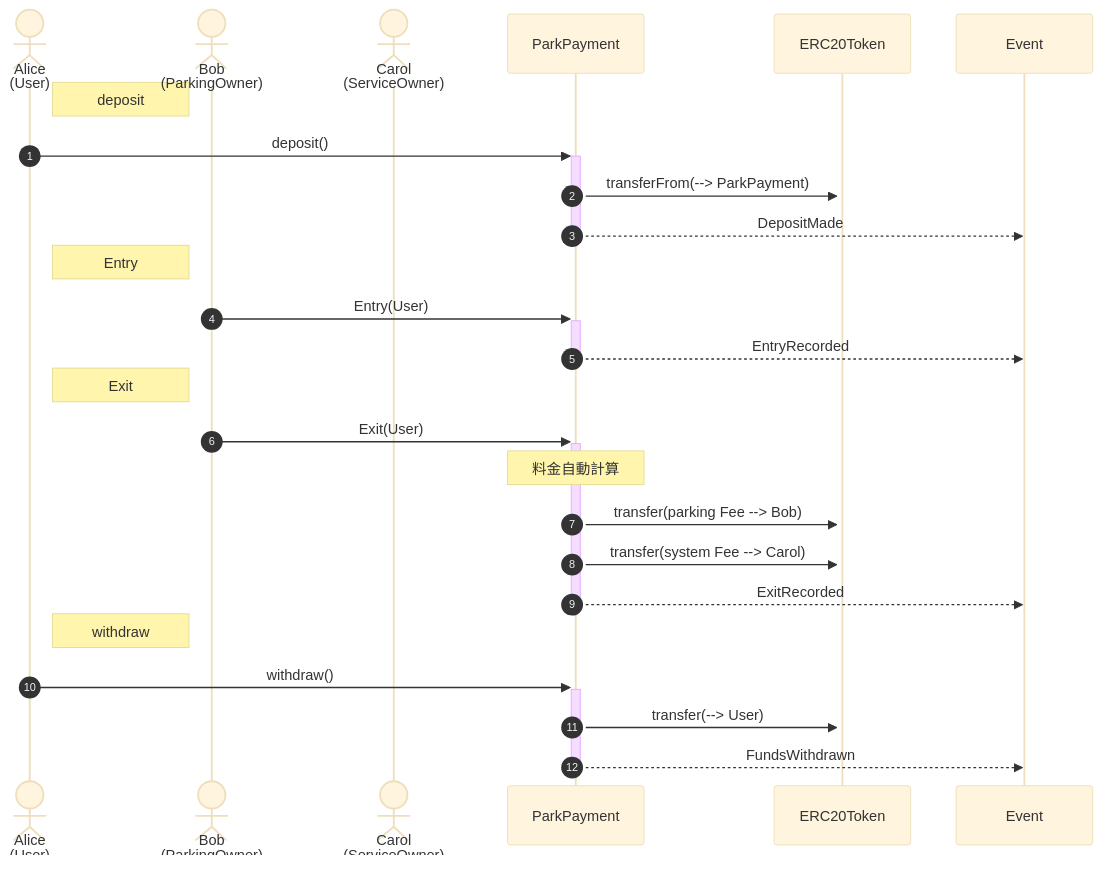
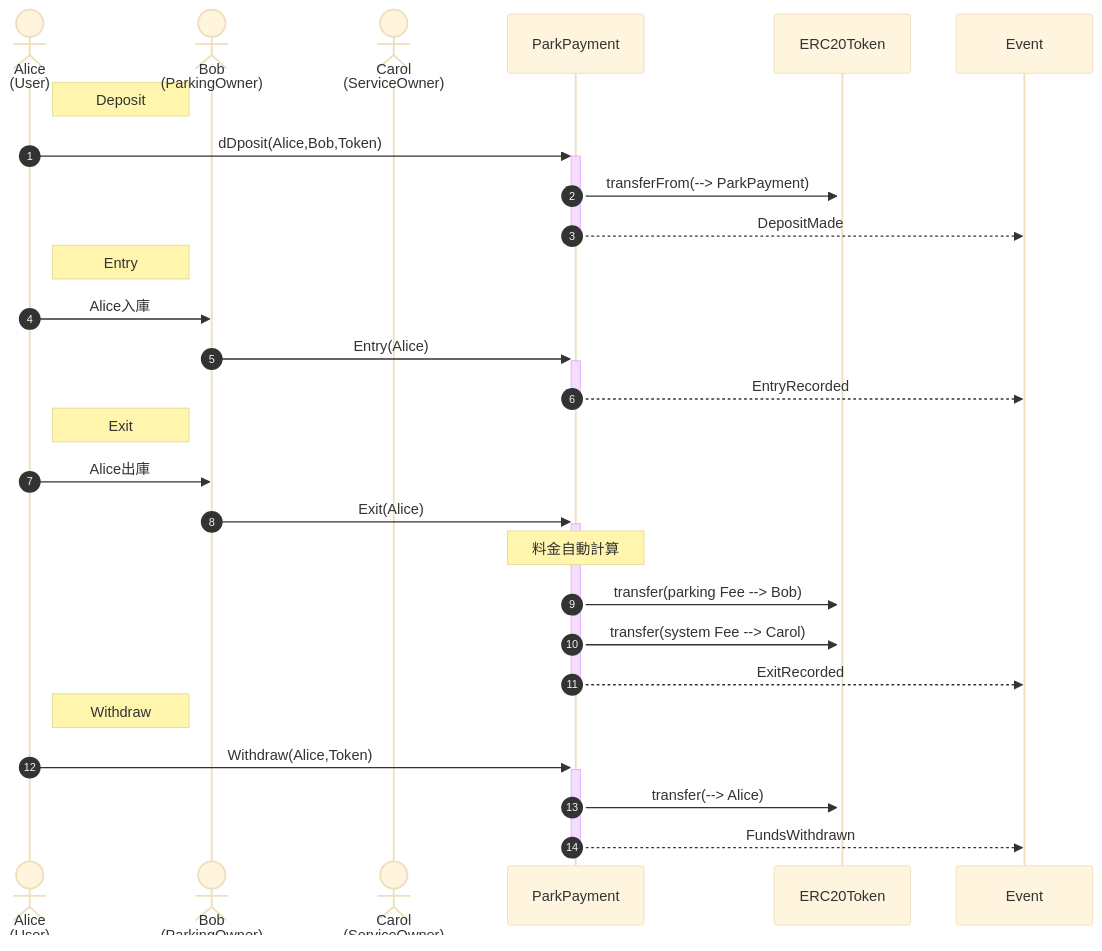
The first of 6 diagrams in README.md (mahiroaug/ParkingPayment), drawn with Mermaid (base theme) before and after one commit. The commit also changed other lines of this file and 4 other files, not shown here.

````diff
--- a/README.md
+++ b/README.md
@@ -69,28 +72,30 @@
 ```mermaid
 sequenceDiagram
   actor User as Alice<br>(User)
   actor PO as Bob<br>(ParkingOwner)
   actor ServiceOwner as Carol<br>(ServiceOwner)
   participant PP as ParkPayment
   participant Token as ERC20Token
   participant Event as Event
 
   autonumber
-  Note right of User: deposit
-  User ->>+ PP: deposit()
+  Note right of User: Deposit
+  User ->>+ PP: dDposit(Alice,Bob,Token)
   PP ->>+ Token: transferFrom(--> ParkPayment)
   PP -->>- Event: DepositMade
   Note left of PO: Entry
-  PO ->>+ PP: Entry(User)
+  User->>PO: Alice入庫
+  PO ->>+ PP: Entry(Alice)
   PP -->>- Event: EntryRecorded
   Note left of PO: Exit
-  PO ->>+ PP: Exit(User)
+  User->>PO: Alice出庫
+  PO ->>+ PP: Exit(Alice)
   Note over PP: 料金自動計算
   PP ->>+ Token: transfer(parking Fee --> Bob)
   PP ->>+ Token: transfer(system Fee --> Carol)
   PP -->>- Event: ExitRecorded
-  Note right of User: withdraw
-  User ->>+ PP: withdraw()
-  PP ->>+ Token: transfer(--> User)
+  Note right of User: Withdraw
+  User ->>+ PP: Withdraw(Alice,Token)
+  PP ->>+ Token: transfer(--> Alice)
   PP -->>- Event: FundsWithdrawn
 ```
````
